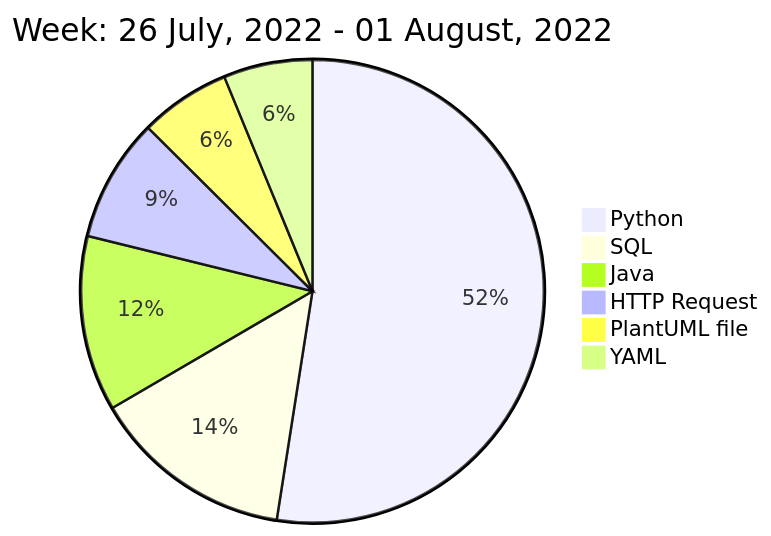
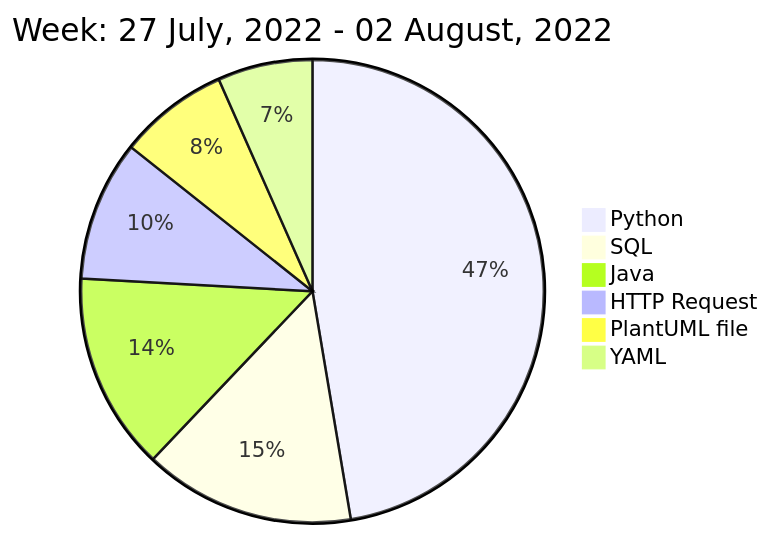
One commit to liubin95/liubin95 changed the diagram in README.md. Above: the diagram before and after it, drawn with Mermaid.

Commit message:
Updated the Graph with new Metrics

````diff
--- a/README.md
+++ b/README.md
@@ -40,10 +40,10 @@
 ```mermaid
  pie
-title Week: 26 July, 2022 - 01 August, 2022
- "Python" : 12.0
- "SQL" : 3.23
- "Java" : 2.8
- "HTTP Request" : 1.97
+title Week: 27 July, 2022 - 02 August, 2022
+ "Python" : 8.93
+ "SQL" : 2.78
+ "Java" : 2.6
+ "HTTP Request" : 1.85
  "PlantUML file" : 1.45
- "YAML" : 1.42
+ "YAML" : 1.25
 ```
````
